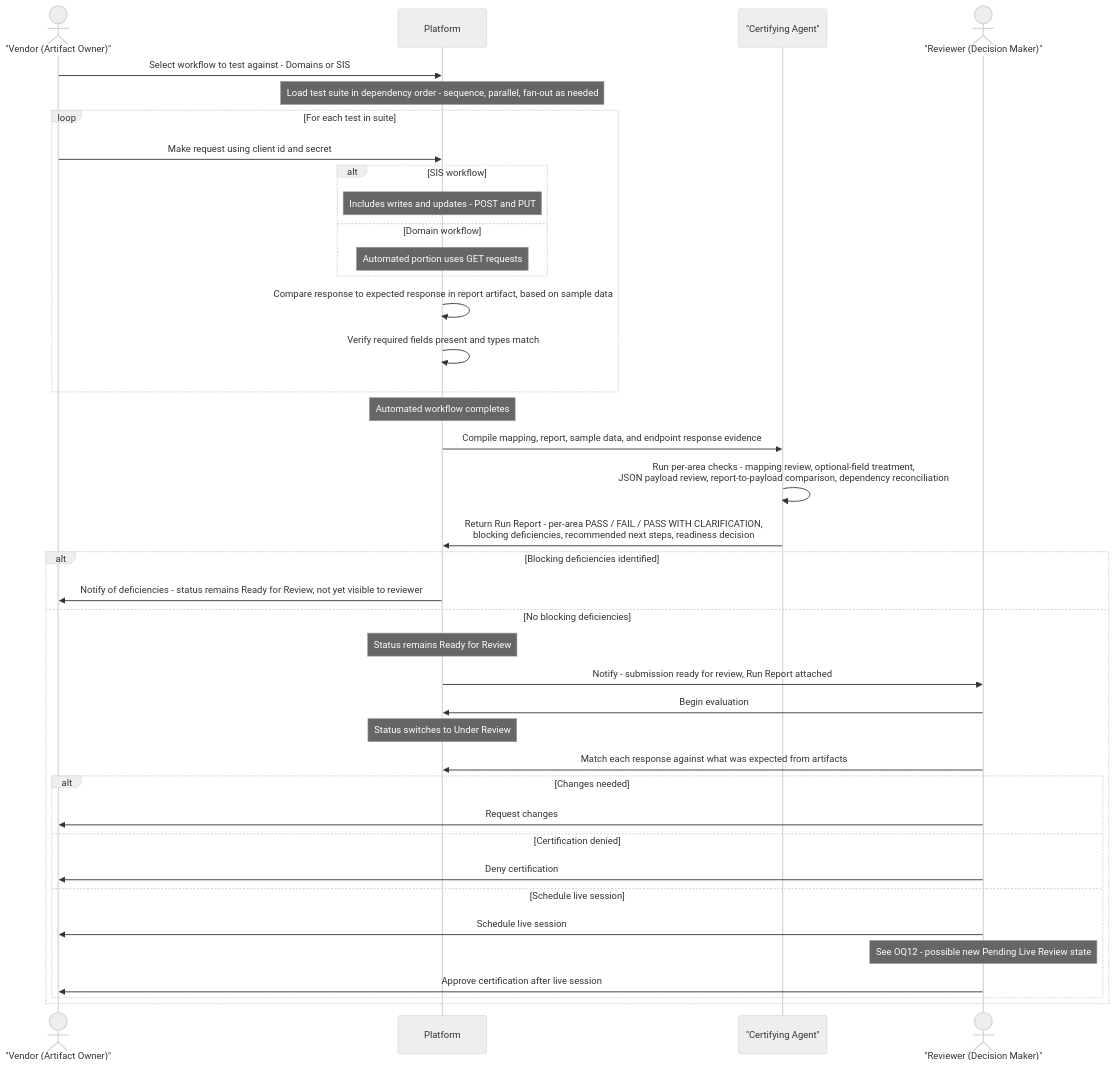
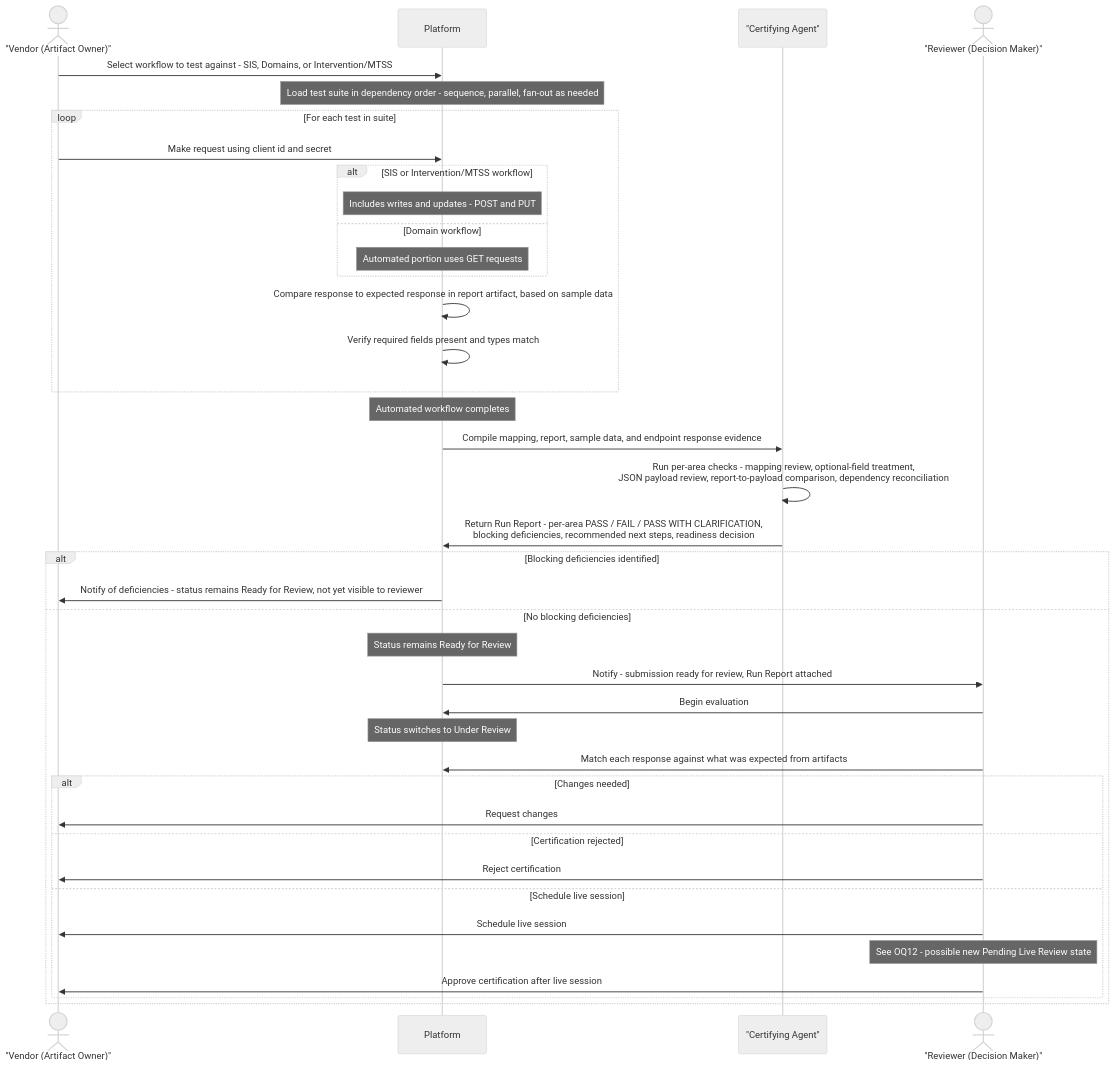
Before and after one commit to roberthunterjr/Ed-Fi-AdminApp: the fifth of 12 diagrams in docs/PRD-Certification-v2.md, drawn with Mermaid (neutral theme). The commit also changed other lines of this file, not shown here.

````diff
--- a/docs/PRD-Certification-v2.md
+++ b/docs/PRD-Certification-v2.md
@@ -394,48 +403,48 @@
 ```mermaid
 sequenceDiagram
     actor Vendor as "Vendor (Artifact Owner)"
     participant Platform
     participant Agent as "Certifying Agent"
     actor Reviewer as "Reviewer (Decision Maker)"
 
-    Vendor->>Platform: Select workflow to test against - Domains or SIS
+    Vendor->>Platform: Select workflow to test against - SIS, Domains, or Intervention/MTSS
     Note over Platform: Load test suite in dependency order - sequence, parallel, fan-out as needed
 
     loop For each test in suite
         Vendor->>Platform: Make request using client id and secret
-        alt SIS workflow
+        alt SIS or Intervention/MTSS workflow
             Note over Platform: Includes writes and updates - POST and PUT
         else Domain workflow
             Note over Platform: Automated portion uses GET requests
         end
         Platform->>Platform: Compare response to expected response in report artifact, based on sample data
         Platform->>Platform: Verify required fields present and types match
     end
 
     Note over Platform: Automated workflow completes
 
     Platform->>Agent: Compile mapping, report, sample data, and endpoint response evidence
     Agent->>Agent: Run per-area checks - mapping review, optional-field treatment,<br/>JSON payload review, report-to-payload comparison, dependency reconciliation
     Agent->>Platform: Return Run Report - per-area PASS / FAIL / PASS WITH CLARIFICATION,<br/>blocking deficiencies, recommended next steps, readiness decision
 
     alt Blocking deficiencies identified
         Platform->>Vendor: Notify of deficiencies - status remains Ready for Review, not yet visible to reviewer
     else No blocking deficiencies
         Note over Platform: Status remains Ready for Review
         Platform->>Reviewer: Notify - submission ready for review, Run Report attached
 
         Reviewer->>Platform: Begin evaluation
         Note over Platform: Status switches to Under Review
         Reviewer->>Platform: Match each response against what was expected from artifacts
 
         alt Changes needed
             Reviewer->>Vendor: Request changes
-        else Certification denied
-            Reviewer->>Vendor: Deny certification
+        else Certification rejected
+            Reviewer->>Vendor: Reject certification
         else Schedule live session
             Reviewer->>Vendor: Schedule live session
             Note over Reviewer: See OQ12 - possible new Pending Live Review state
             Reviewer->>Vendor: Approve certification after live session
         end
     end
 ```
````
